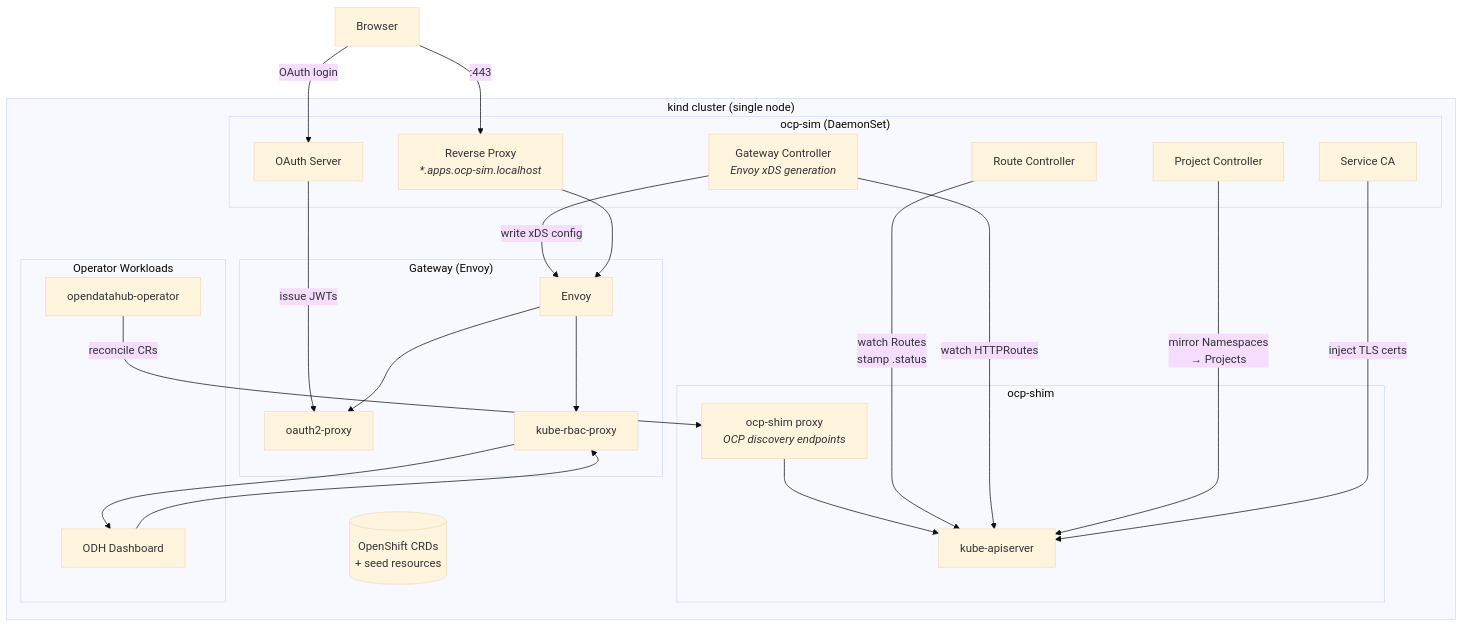
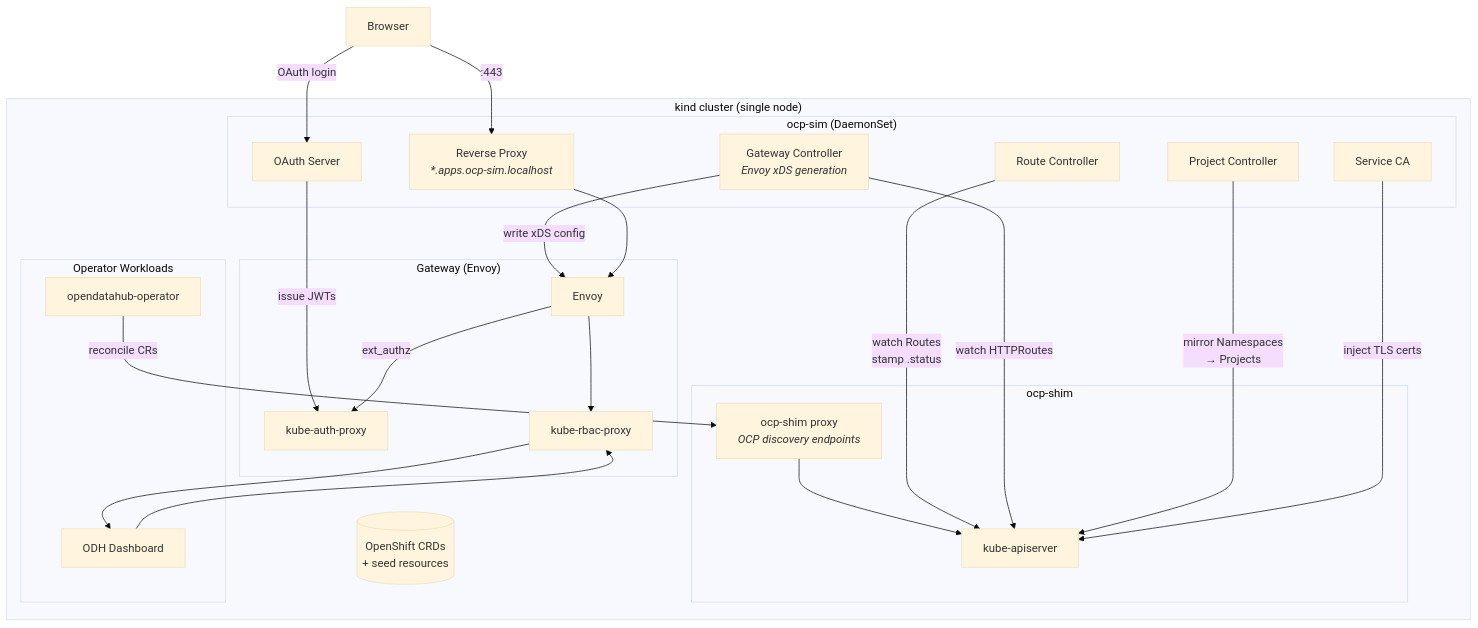
The diagram in README.md (jctanner/picoshift), drawn with Mermaid (base theme) before and after one commit.

Commit message:
Fix diagram: oauth2-proxy → kube-auth-proxy, label ext_authz link

````diff
--- a/README.md
+++ b/README.md
@@ -9,52 +9,52 @@
 ```mermaid
 graph TB
     browser["Browser"]
 
     subgraph kind ["kind cluster (single node)"]
         subgraph shim ["ocp-shim"]
             apiserver["kube-apiserver"]
             ocpshim["ocp-shim proxy<br/><i>OCP discovery endpoints</i>"]
             ocpshim --> apiserver
         end
 
         subgraph sim ["ocp-sim (DaemonSet)"]
             proxy["Reverse Proxy<br/><i>*.apps.ocp-sim.localhost</i>"]
             routectrl["Route Controller"]
             gwctrl["Gateway Controller<br/><i>Envoy xDS generation</i>"]
             oauthctrl["OAuth Server"]
             projectctrl["Project Controller"]
             serviceca["Service CA"]
         end
 
         subgraph gw ["Gateway (Envoy)"]
             envoy["Envoy"]
-            oauth2proxy["oauth2-proxy"]
+            kubeauth["kube-auth-proxy"]
             kuberbac["kube-rbac-proxy"]
         end
 
         subgraph workloads ["Operator Workloads"]
             odhop["opendatahub-operator"]
             dashboard["ODH Dashboard"]
         end
 
         crds[("OpenShift CRDs<br/>+ seed resources")]
 
         routectrl -->|"watch Routes<br/>stamp .status"| apiserver
         gwctrl -->|"write xDS config"| envoy
         gwctrl -->|"watch HTTPRoutes"| apiserver
         projectctrl -->|"mirror Namespaces<br/>→ Projects"| apiserver
         serviceca -->|"inject TLS certs"| apiserver
-        oauthctrl -->|"issue JWTs"| oauth2proxy
+        oauthctrl -->|"issue JWTs"| kubeauth
 
         odhop -->|"reconcile CRs"| ocpshim
         dashboard --> kuberbac
         kuberbac --> dashboard
 
-        envoy --> oauth2proxy
+        envoy -->|"ext_authz"| kubeauth
         envoy --> kuberbac
     end
 
     browser -->|":443"| proxy
     proxy --> envoy
     browser -->|"OAuth login"| oauthctrl
 ```
````
